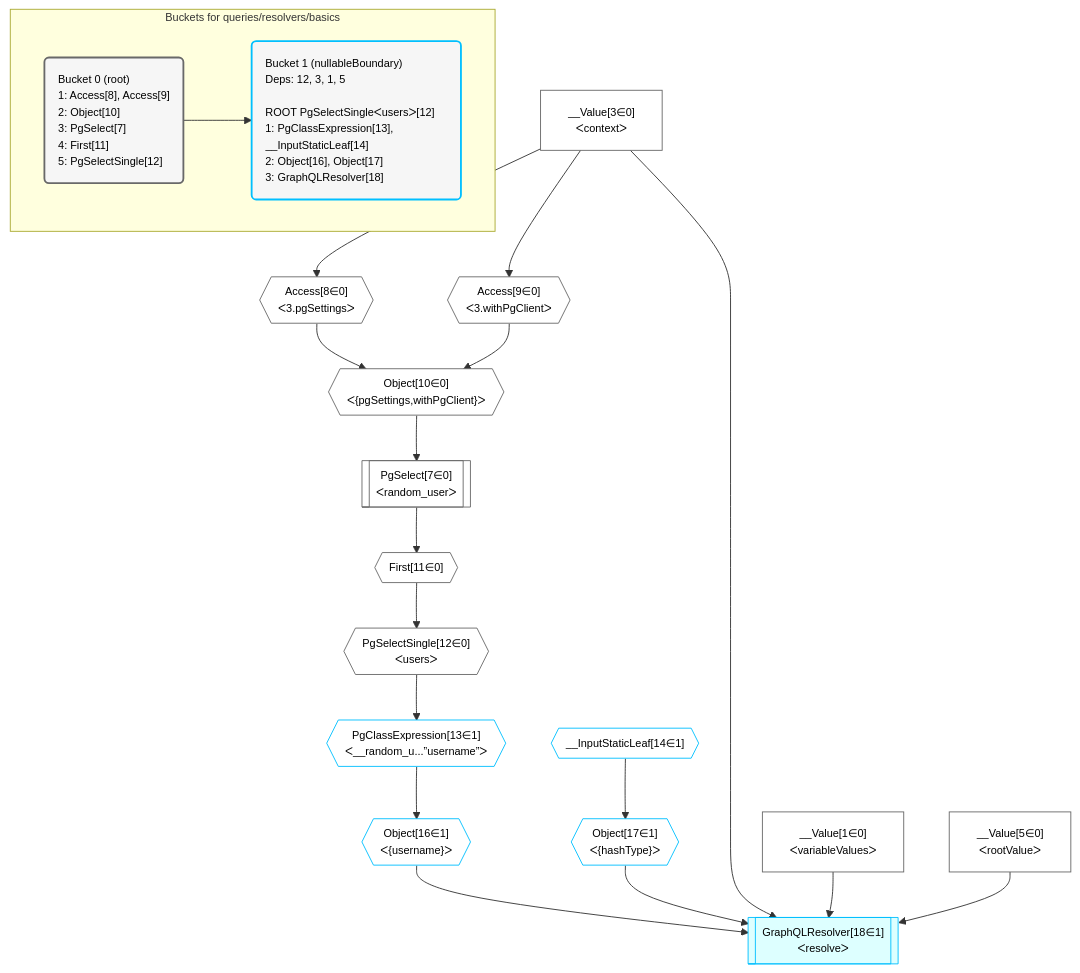
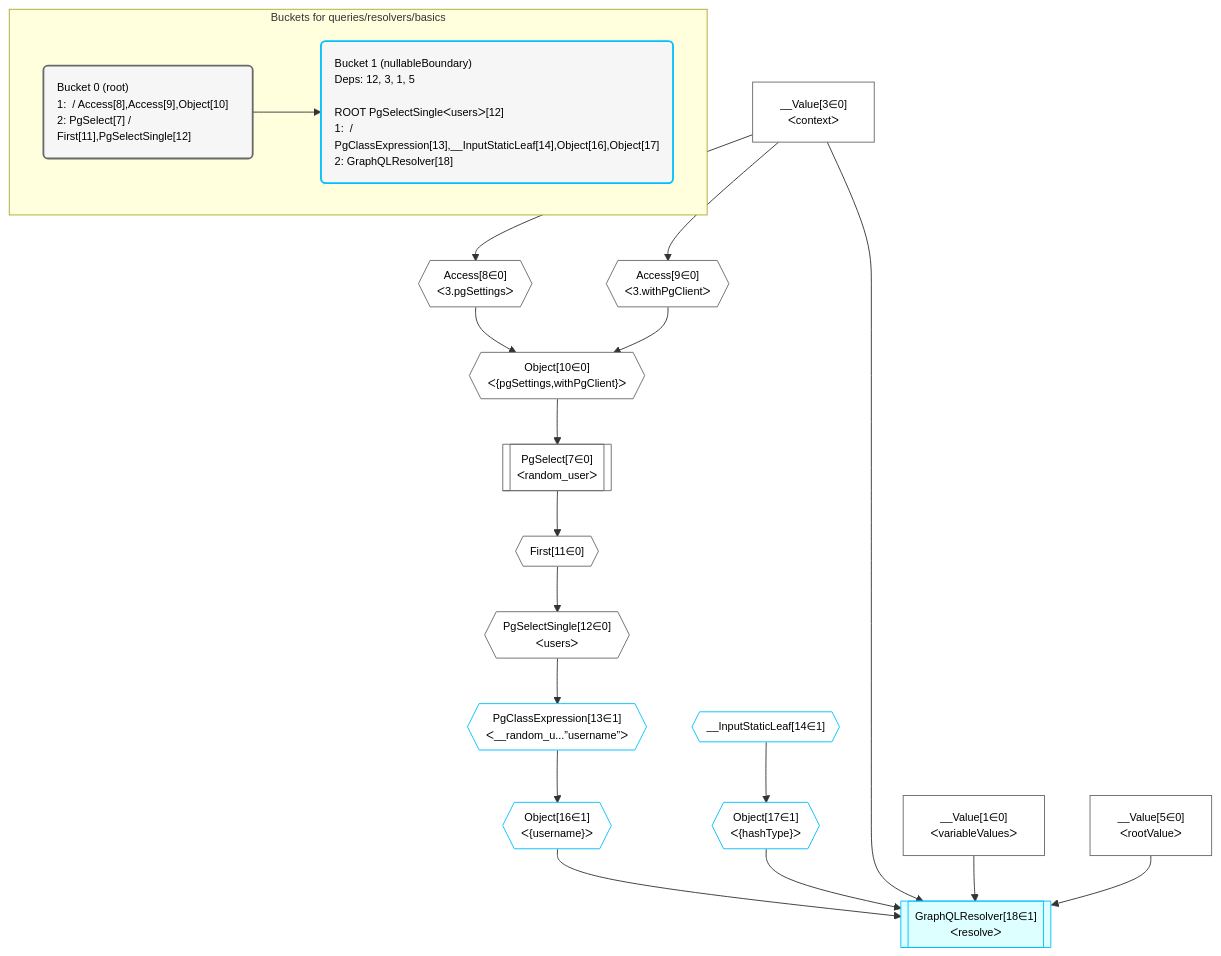
Before and after one commit to graphile/crystal: the diagram in grafast/dataplan-pg/__tests__/queries/resolvers/basics.mermaid, drawn with Mermaid. The commit also changed 183 other files, not shown here.

```diff
--- a/grafast/dataplan-pg/__tests__/queries/resolvers/basics.mermaid
+++ b/grafast/dataplan-pg/__tests__/queries/resolvers/basics.mermaid
@@ -1,47 +1,47 @@
 %%{init: {'themeVariables': { 'fontSize': '12px'}}}%%
 graph TD
     classDef path fill:#eee,stroke:#000,color:#000
     classDef plan fill:#fff,stroke-width:1px,color:#000
     classDef itemplan fill:#fff,stroke-width:2px,color:#000
     classDef unbatchedplan fill:#dff,stroke-width:1px,color:#000
     classDef sideeffectplan fill:#fcc,stroke-width:2px,color:#000
     classDef bucket fill:#f6f6f6,color:#000,stroke-width:2px,text-align:left
 
 
     %% define steps
     __Value1["__Value[1∈0]<br />ᐸvariableValuesᐳ"]:::plan
     __Value3["__Value[3∈0]<br />ᐸcontextᐳ"]:::plan
     __Value5["__Value[5∈0]<br />ᐸrootValueᐳ"]:::plan
     Access8{{"Access[8∈0]<br />ᐸ3.pgSettingsᐳ"}}:::plan
     Access9{{"Access[9∈0]<br />ᐸ3.withPgClientᐳ"}}:::plan
     Object10{{"Object[10∈0]<br />ᐸ{pgSettings,withPgClient}ᐳ"}}:::plan
     PgSelect7[["PgSelect[7∈0]<br />ᐸrandom_userᐳ"]]:::plan
     First11{{"First[11∈0]"}}:::plan
     PgSelectSingle12{{"PgSelectSingle[12∈0]<br />ᐸusersᐳ"}}:::plan
     PgClassExpression13{{"PgClassExpression[13∈1]<br />ᐸ__random_u...”username”ᐳ"}}:::plan
     __InputStaticLeaf14{{"__InputStaticLeaf[14∈1]"}}:::plan
     Object16{{"Object[16∈1]<br />ᐸ{username}ᐳ"}}:::plan
     Object17{{"Object[17∈1]<br />ᐸ{hashType}ᐳ"}}:::plan
     GraphQLResolver18[["GraphQLResolver[18∈1]<br />ᐸresolveᐳ"]]:::unbatchedplan
 
     %% plan dependencies
     __Value3 --> Access8
     __Value3 --> Access9
     Access8 & Access9 --> Object10
     Object10 --> PgSelect7
     PgSelect7 --> First11
     First11 --> PgSelectSingle12
     PgSelectSingle12 --> PgClassExpression13
     PgClassExpression13 --> Object16
     __InputStaticLeaf14 --> Object17
     Object16 & Object17 & __Value3 & __Value1 & __Value5 --> GraphQLResolver18
 
     subgraph "Buckets for queries/resolvers/basics"
-    Bucket0("Bucket 0 (root)<br />1: Access[8], Access[9]<br />2: Object[10]<br />3: PgSelect[7]<br />4: First[11]<br />5: PgSelectSingle[12]"):::bucket
+    Bucket0("Bucket 0 (root)<br />1:  / Access[8],Access[9],Object[10]<br />2: PgSelect[7] / First[11],PgSelectSingle[12]"):::bucket
     classDef bucket0 stroke:#696969
     class Bucket0,__Value1,__Value3,__Value5,PgSelect7,Access8,Access9,Object10,First11,PgSelectSingle12 bucket0
-    Bucket1("Bucket 1 (nullableBoundary)<br />Deps: 12, 3, 1, 5<br /><br />ROOT PgSelectSingleᐸusersᐳ[12]<br />1: PgClassExpression[13], __InputStaticLeaf[14]<br />2: Object[16], Object[17]<br />3: GraphQLResolver[18]"):::bucket
+    Bucket1("Bucket 1 (nullableBoundary)<br />Deps: 12, 3, 1, 5<br /><br />ROOT PgSelectSingleᐸusersᐳ[12]<br />1:  / PgClassExpression[13],__InputStaticLeaf[14],Object[16],Object[17]<br />2: GraphQLResolver[18]"):::bucket
     classDef bucket1 stroke:#00bfff
     class Bucket1,PgClassExpression13,__InputStaticLeaf14,Object16,Object17,GraphQLResolver18 bucket1
     Bucket0 --> Bucket1
     end
```
